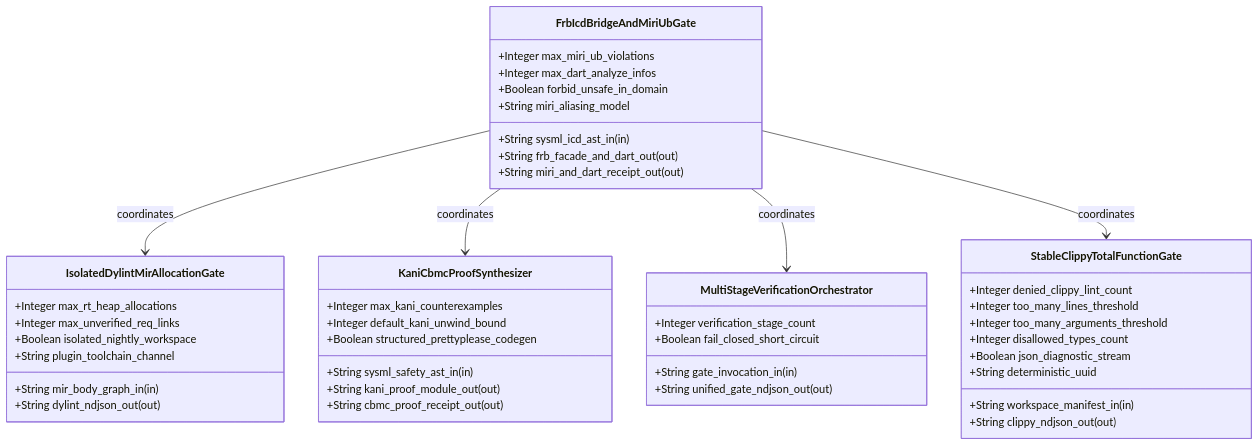
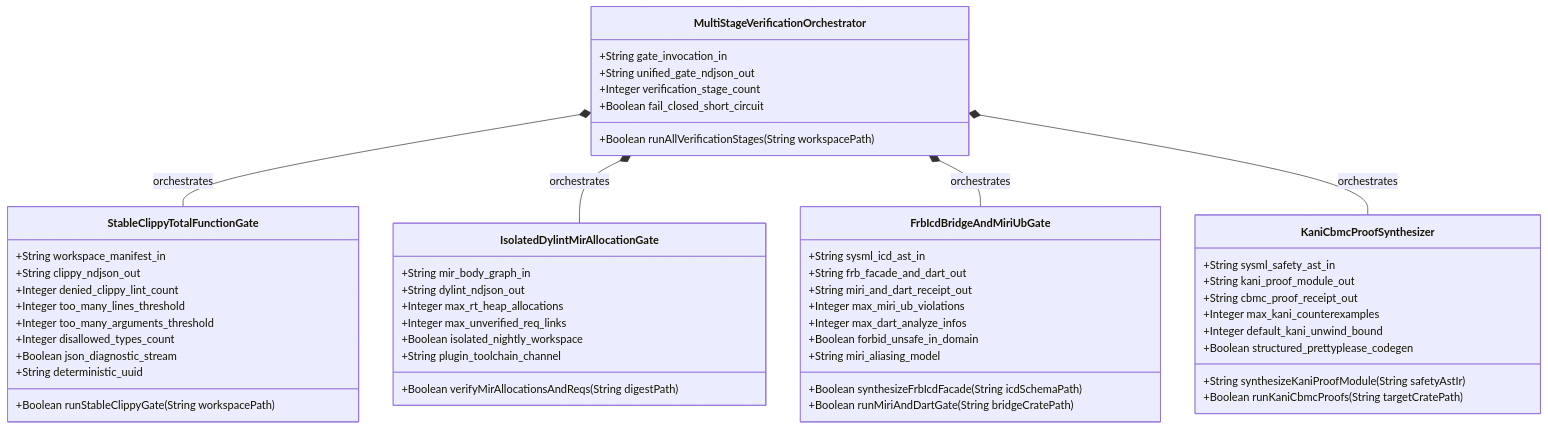
The second of 4 diagrams in .pipeline/upstream/docs/epics/EPIC-09-BP_09_Multi_Stage_Compiler_and_Formal_Verification_Gatekeeper.md (gintatkinson/DEAP01-spec-core), drawn with Mermaid before and after one commit. The commit also changed other lines of this file and 3 other files, not shown here.

````diff
--- a/.pipeline/upstream/docs/epics/EPIC-09-BP_09_Multi_Stage_Compiler_and_Formal_Verification_Gatekeeper.md
+++ b/.pipeline/upstream/docs/epics/EPIC-09-BP_09_Multi_Stage_Compiler_and_Formal_Verification_Gatekeeper.md
@@ -59,48 +178,55 @@
 ```mermaid
 classDiagram
-    class FrbIcdBridgeAndMiriUbGate {
-        +String sysml_icd_ast_in (in)
-        +String frb_facade_and_dart_out (out)
-        +String miri_and_dart_receipt_out (out)
-        +Integer max_miri_ub_violations
-        +Integer max_dart_analyze_infos
-        +Boolean forbid_unsafe_in_domain
-        +String miri_aliasing_model
-    }
-    class IsolatedDylintMirAllocationGate {
-        +String mir_body_graph_in (in)
-        +String dylint_ndjson_out (out)
-        +Integer max_rt_heap_allocations
-        +Integer max_unverified_req_links
-        +Boolean isolated_nightly_workspace
-        +String plugin_toolchain_channel
-    }
-    class KaniCbmcProofSynthesizer {
-        +String sysml_safety_ast_in (in)
-        +String kani_proof_module_out (out)
-        +String cbmc_proof_receipt_out (out)
-        +Integer max_kani_counterexamples
-        +Integer default_kani_unwind_bound
-        +Boolean structured_prettyplease_codegen
-    }
     class MultiStageVerificationOrchestrator {
-        +String gate_invocation_in (in)
-        +String unified_gate_ndjson_out (out)
+        +String gate_invocation_in
+        +String unified_gate_ndjson_out
         +Integer verification_stage_count
         +Boolean fail_closed_short_circuit
+        +Boolean runAllVerificationStages(String workspacePath)
     }
     class StableClippyTotalFunctionGate {
-        +String workspace_manifest_in (in)
-        +String clippy_ndjson_out (out)
+        +String workspace_manifest_in
+        +String clippy_ndjson_out
         +Integer denied_clippy_lint_count
         +Integer too_many_lines_threshold
         +Integer too_many_arguments_threshold
         +Integer disallowed_types_count
         +Boolean json_diagnostic_stream
         +String deterministic_uuid
+        +Boolean runStableClippyGate(String workspacePath)
     }
-    FrbIcdBridgeAndMiriUbGate --> IsolatedDylintMirAllocationGate : coordinates
-    FrbIcdBridgeAndMiriUbGate --> KaniCbmcProofSynthesizer : coordinates
-    FrbIcdBridgeAndMiriUbGate --> MultiStageVerificationOrchestrator : coordinates
-    FrbIcdBridgeAndMiriUbGate --> StableClippyTotalFunctionGate : coordinates
+    class IsolatedDylintMirAllocationGate {
+        +String mir_body_graph_in
+        +String dylint_ndjson_out
+        +Integer max_rt_heap_allocations
+        +Integer max_unverified_req_links
+        +Boolean isolated_nightly_workspace
+        +String plugin_toolchain_channel
+        +Boolean verifyMirAllocationsAndReqs(String digestPath)
+    }
+    class FrbIcdBridgeAndMiriUbGate {
+        +String sysml_icd_ast_in
+        +String frb_facade_and_dart_out
+        +String miri_and_dart_receipt_out
+        +Integer max_miri_ub_violations
+        +Integer max_dart_analyze_infos
+        +Boolean forbid_unsafe_in_domain
+        +String miri_aliasing_model
+        +Boolean synthesizeFrbIcdFacade(String icdSchemaPath)
+        +Boolean runMiriAndDartGate(String bridgeCratePath)
+    }
+    class KaniCbmcProofSynthesizer {
+        +String sysml_safety_ast_in
+        +String kani_proof_module_out
+        +String cbmc_proof_receipt_out
+        +Integer max_kani_counterexamples
+        +Integer default_kani_unwind_bound
+        +Boolean structured_prettyplease_codegen
+        +String synthesizeKaniProofModule(String safetyAstIr)
+        +Boolean runKaniCbmcProofs(String targetCratePath)
+    }
+    MultiStageVerificationOrchestrator *-- StableClippyTotalFunctionGate : orchestrates
+    MultiStageVerificationOrchestrator *-- IsolatedDylintMirAllocationGate : orchestrates
+    MultiStageVerificationOrchestrator *-- FrbIcdBridgeAndMiriUbGate : orchestrates
+    MultiStageVerificationOrchestrator *-- KaniCbmcProofSynthesizer : orchestrates
 ```
````
